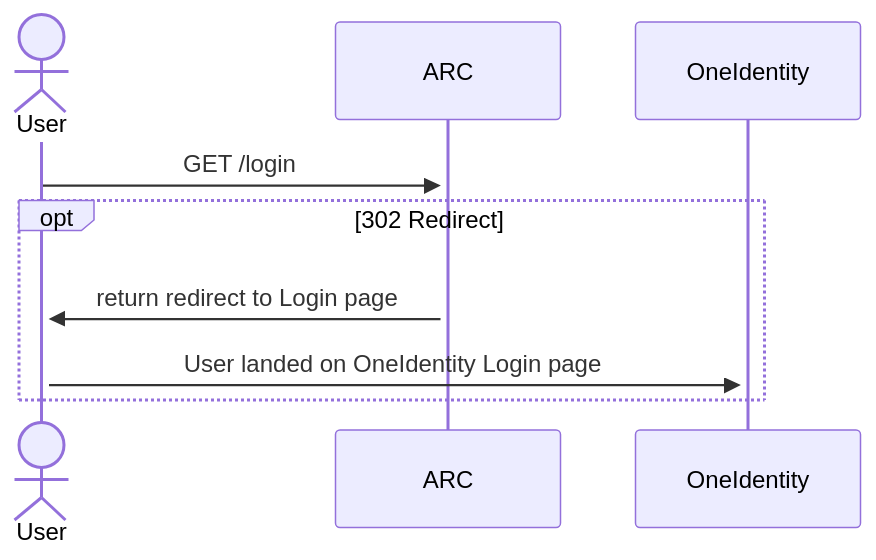
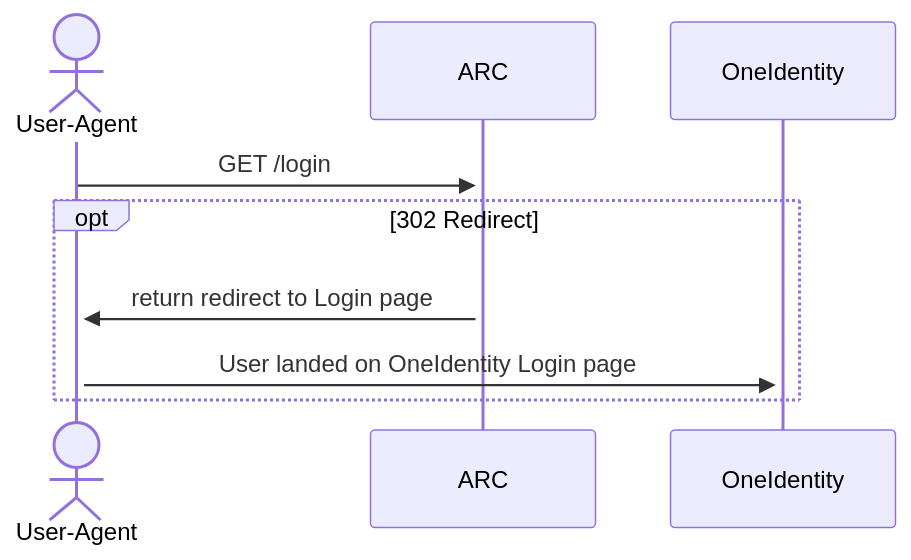
The diagram in design/arc/oneidentity-integration/sequence_diagram_login.mmd (pagopa/p4pa-doc), drawn with Mermaid before and after one commit. The commit also changed 3 other files, not shown here.

Commit message:
P4PU-171 added sequence diagrams for oneidentity DR

```diff
--- a/design/arc/oneidentity-integration/sequence_diagram_login.mmd
+++ b/design/arc/oneidentity-integration/sequence_diagram_login.mmd
@@ -1,11 +1,11 @@
 sequenceDiagram
-    actor User
+    actor User-Agent
     participant ARC
     participant OneIdentity
 
 
-    User ->>+ ARC: GET /login
+    User-Agent ->>+ ARC: GET /login
     opt 302 Redirect
-        ARC ->>+ User: return redirect to Login page
-        User ->>+ OneIdentity: User landed on OneIdentity Login page
+        ARC ->>+ User-Agent: return redirect to Login page
+        User-Agent ->>+ OneIdentity: User landed on OneIdentity Login page
     end
```
